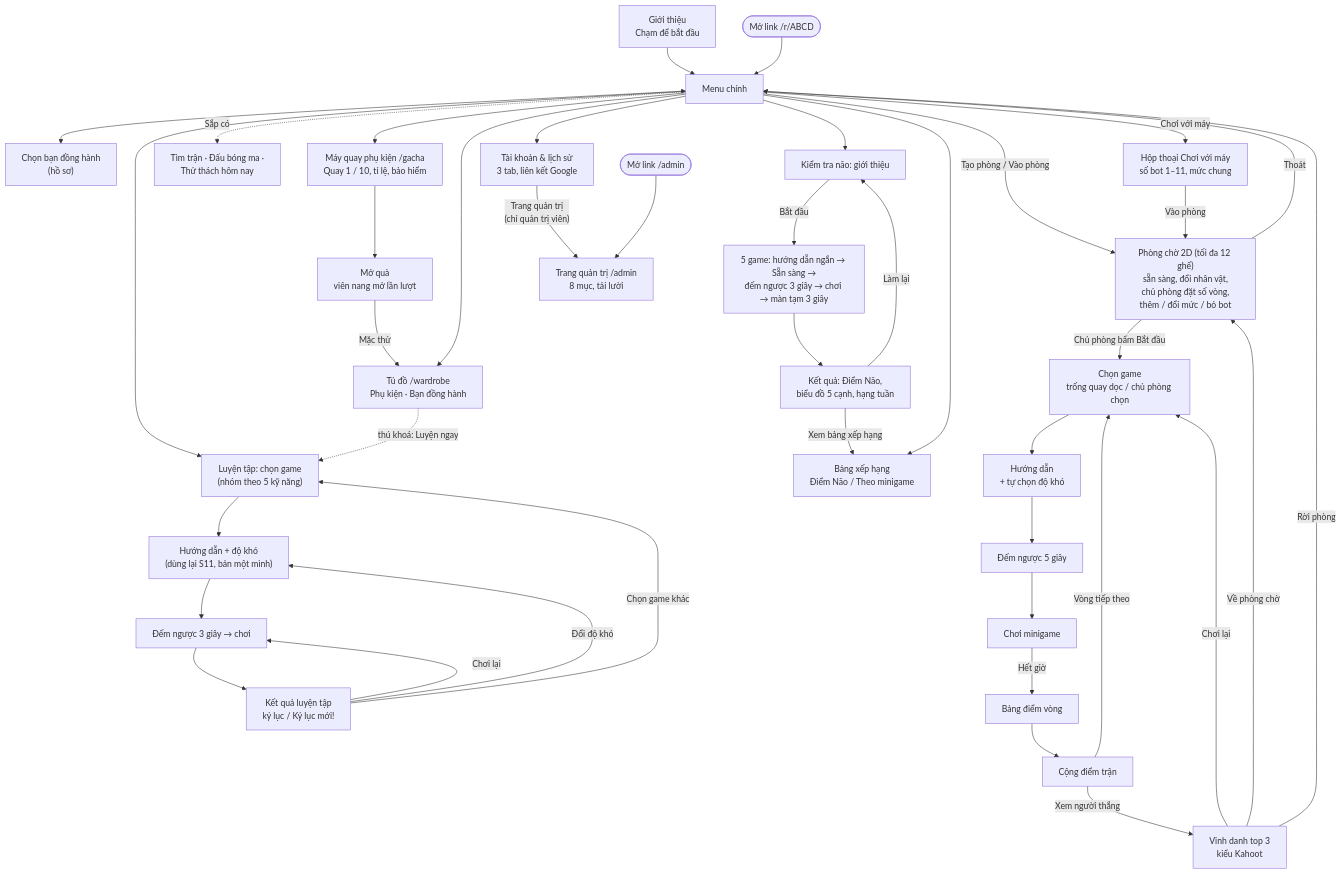
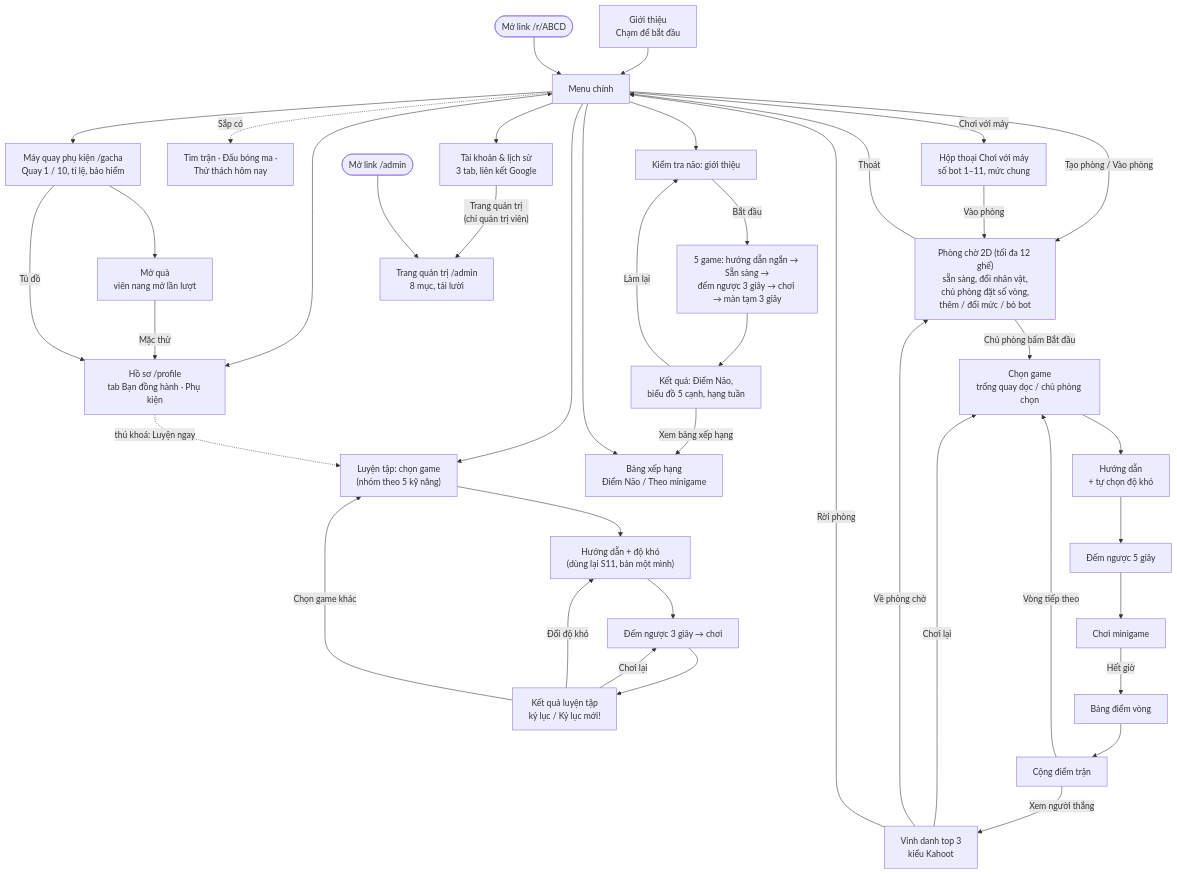
The diagram in docs/01-product/ui-ux.md (hungdinh-dev/brain-rizz), drawn with Mermaid before and after one commit. The commit also changed other lines of this file and 157 other files, not shown here.

````diff
--- a/docs/01-product/ui-ux.md
+++ b/docs/01-product/ui-ux.md
@@ -24,43 +24,43 @@
 ```mermaid
 flowchart TD
   I["Giới thiệu<br/>Chạm để bắt đầu"] --> M["Menu chính"]
   L0(["Mở link /r/ABCD"]) --> M
-  M <--> P["Chọn bạn đồng hành<br/>(hồ sơ)"]
+  M <--> P["Hồ sơ /profile<br/>tab Bạn đồng hành · Phụ kiện"]
   M -->|"Tạo phòng / Vào phòng"| LB["Phòng chờ 2D (tối đa 12 ghế)<br/>sẵn sàng, đổi nhân vật,<br/>chủ phòng đặt số vòng,<br/>thêm / đổi mức / bỏ bot"]
   M -->|"Chơi với máy"| BD["Hộp thoại Chơi với máy<br/>số bot 1–11, mức chung"]
   BD -->|"Vào phòng"| LB
   M -.->|"Sắp có"| X["Tìm trận · Đấu bóng ma ·<br/>Thử thách hôm nay"]
   M --> PK["Luyện tập: chọn game<br/>(nhóm theo 5 kỹ năng)"]
   PK --> PI["Hướng dẫn + độ khó<br/>(dùng lại S11, bản một mình)"]
   PI --> PP["Đếm ngược 3 giây → chơi"]
   PP --> PR["Kết quả luyện tập<br/>kỷ lục / Kỷ lục mới!"]
   PR -->|"Chơi lại"| PP
   PR -->|"Đổi độ khó"| PI
   PR -->|"Chọn game khác"| PK
   M --> BI["Kiểm tra não: giới thiệu"]
   BI -->|"Bắt đầu"| BG["5 game: hướng dẫn ngắn → Sẵn sàng →<br/>đếm ngược 3 giây → chơi → màn tạm 3 giây"]
   BG --> BR["Kết quả: Điểm Não,<br/>biểu đồ 5 cạnh, hạng tuần"]
   BR -->|"Làm lại"| BI
   BR -->|"Xem bảng xếp hạng"| LBD["Bảng xếp hạng<br/>Điểm Não / Theo minigame"]
   M --> LBD
   M --> AC["Tài khoản & lịch sử<br/>3 tab, liên kết Google"]
   M --> GA["Máy quay phụ kiện /gacha<br/>Quay 1 / 10, tỉ lệ, bảo hiểm"]
   GA --> GR["Mở quà<br/>viên nang mở lần lượt"]
-  GR -->|"Mặc thử"| WD["Tủ đồ /wardrobe<br/>Phụ kiện · Bạn đồng hành"]
-  M --> WD
-  WD -.->|"thú khoá: Luyện ngay"| PK
+  GR -->|"Mặc thử"| P
+  GA -->|"Tủ đồ"| P
+  P -.->|"thú khoá: Luyện ngay"| PK
   AC -->|"Trang quản trị<br/>(chỉ quản trị viên)"| AD["Trang quản trị /admin<br/>8 mục, tải lười"]
   L1(["Mở link /admin"]) --> AD
   LB -->|"Chủ phòng bấm Bắt đầu"| GS["Chọn game<br/>trống quay dọc / chủ phòng chọn"]
   GS --> GI["Hướng dẫn<br/>+ tự chọn độ khó"]
   GI --> CD["Đếm ngược 5 giây"]
   CD --> PL["Chơi minigame"]
   PL -->|"Hết giờ"| R["Bảng điểm vòng"]
   R --> MP["Cộng điểm trận"]
   MP -->|"Vòng tiếp theo"| GS
   MP -->|"Xem người thắng"| PD["Vinh danh top 3<br/>kiểu Kahoot"]
   PD -->|"Chơi lại"| GS
   PD -->|"Về phòng chờ"| LB
   LB -->|"Thoát"| M
   PD -->|"Rời phòng"| M
 ```
````
